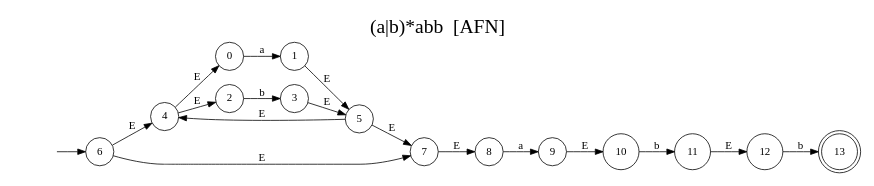
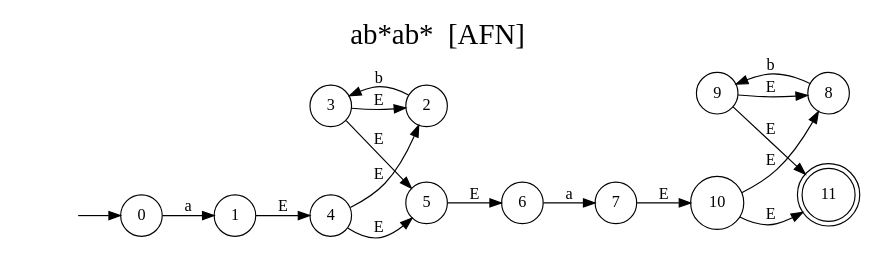
The diagram in docs/automataAFN.dot (CrisLayB/ProgrammingLanguageDesign), drawn with Graphviz before and after one commit. The commit also changed 17 other files, not shown here.

```diff
--- a/docs/automataAFN.dot
+++ b/docs/automataAFN.dot
@@ -1,30 +1,29 @@
 digraph "Resultado Automata AFN" {
-	label = "(a|b)*abb  [AFN]"
+	label = "ab*ab*  [AFN]"
 	labelloc  =  t
 	fontsize  = 25
 	rankdir=LR size="8,5"
 	node [shape=doublecircle]
-	13
+	11
 	node [shape=circle]
-	6
+	0
 	node [shape=none]
 	""
-	""-> 6 [label=""]
+	""-> 0 [label=""]
 	node [shape=circle]
 	0 -> 1[label="a"]
 	2 -> 3[label="b"]
-	4 -> 0[label="E"]
+	3 -> 2[label="E"]
+	4 -> 5[label="E"]
 	4 -> 2[label="E"]
-	1 -> 5[label="E"]
 	3 -> 5[label="E"]
-	5 -> 4[label="E"]
-	6 -> 7[label="E"]
-	6 -> 4[label="E"]
-	5 -> 7[label="E"]
-	8 -> 9[label="a"]
-	7 -> 8[label="E"]
-	10 -> 11[label="b"]
-	9 -> 10[label="E"]
-	12 -> 13[label="b"]
-	11 -> 12[label="E"]
+	1 -> 4[label="E"]
+	6 -> 7[label="a"]
+	5 -> 6[label="E"]
+	8 -> 9[label="b"]
+	9 -> 8[label="E"]
+	10 -> 11[label="E"]
+	10 -> 8[label="E"]
+	9 -> 11[label="E"]
+	7 -> 10[label="E"]
 }
```
